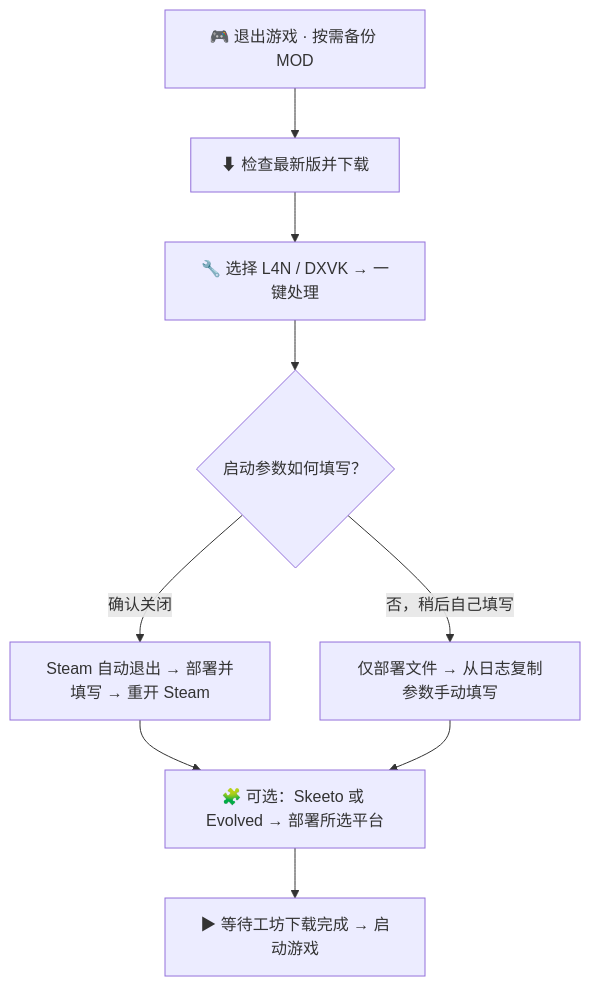
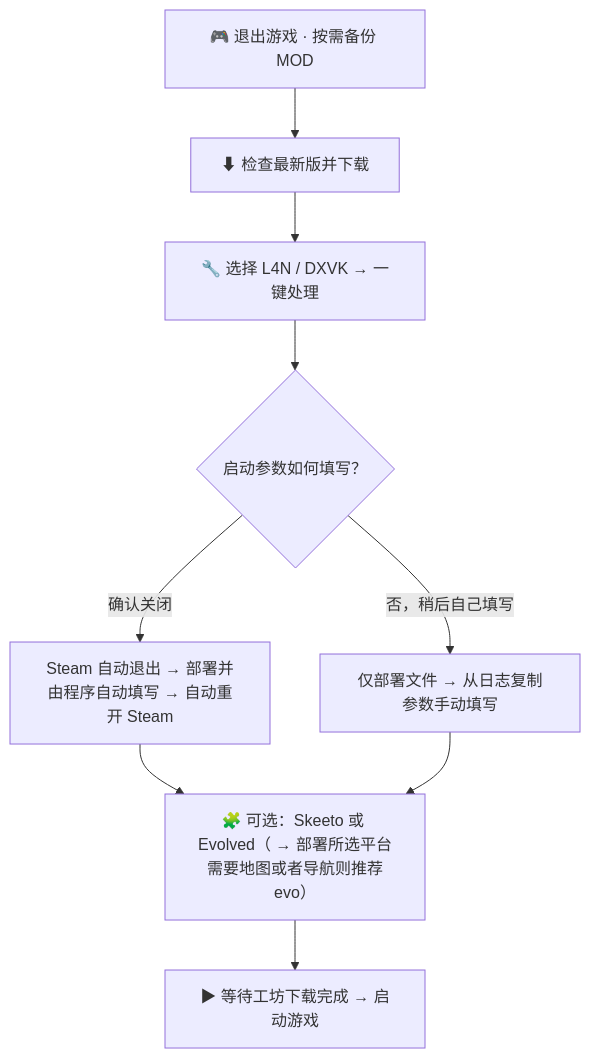
The diagram in docs/使用教程.md (STC214/L4D2Fix_DXVK_L4N_), drawn with Mermaid before and after one commit. The commit also changed other lines of this file and 16 other files, not shown here.

````diff
--- a/docs/使用教程.md
+++ b/docs/使用教程.md
@@ -7,11 +7,11 @@
 ```mermaid
 flowchart TD
     A["🎮 退出游戏 · 按需备份 MOD"] --> B["⬇ 检查最新版并下载"]
     B --> C["🔧 选择 L4N / DXVK → 一键处理"]
     C --> D{"启动参数如何填写？"}
-    D -->|确认关闭| E["Steam 自动退出 → 部署并填写 → 重开 Steam"]
+    D -->|确认关闭| E["Steam 自动退出 → 部署并由程序自动填写 → 自动重开 Steam"]
     D -->|否，稍后自己填写| F["仅部署文件 → 从日志复制参数手动填写"]
-    E --> G["🧩 可选：Skeeto 或 Evolved → 部署所选平台"]
+    E --> G["🧩 可选：Skeeto 或 Evolved（ → 部署所选平台需要地图或者导航则推荐evo）"]
     F --> G
     G --> H["▶ 等待工坊下载完成 → 启动游戏"]
 ```
````
